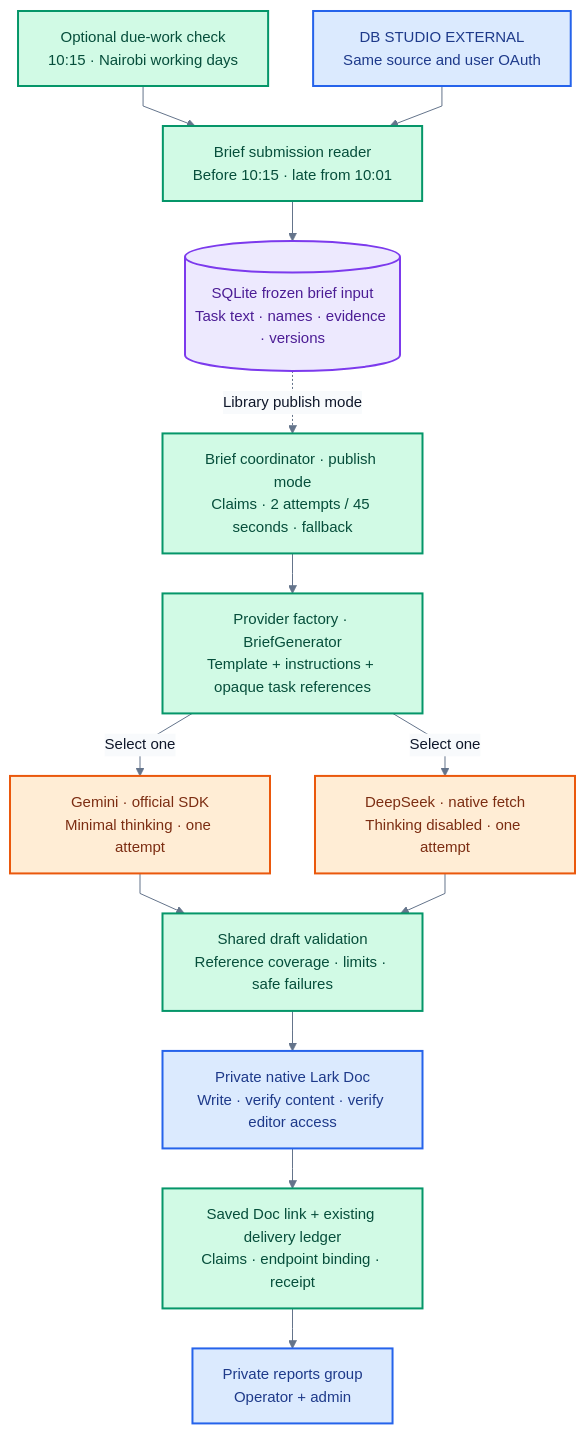
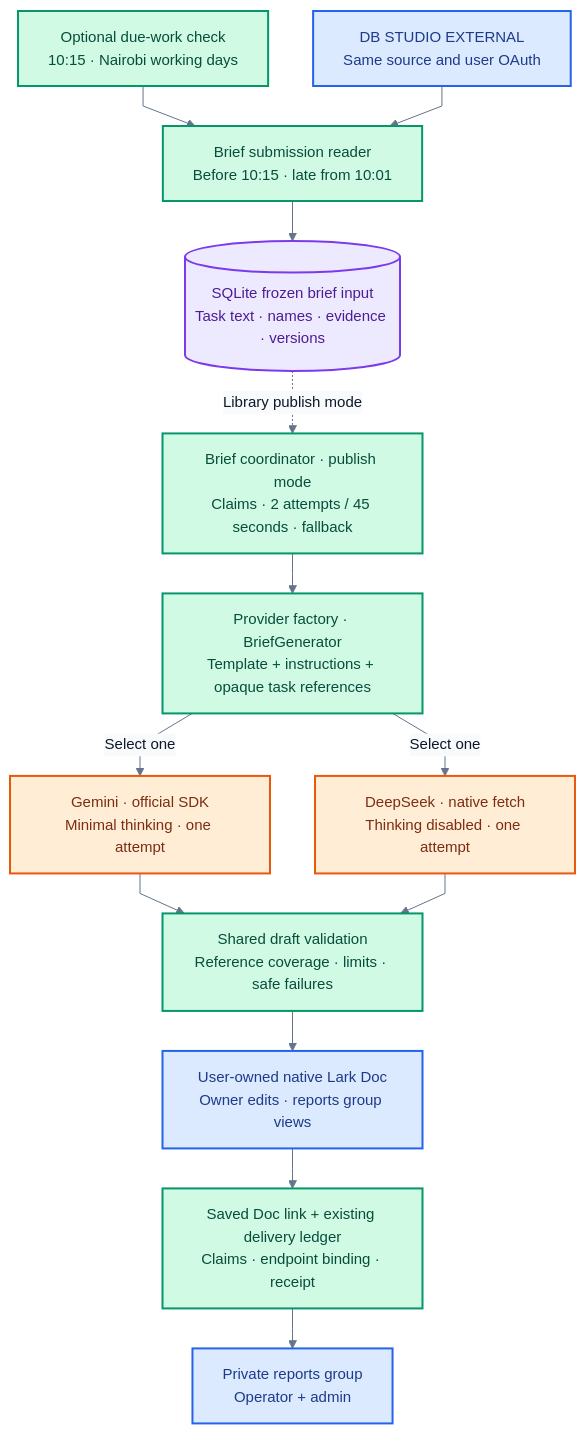
Before and after one commit to mbeka02/task-list-submission-automation: the second of 5 diagrams in README.md, drawn with Mermaid. The commit also changed other lines of this file and 5 other files, not shown here.

Commit message:
docs: explain user-owned briefs and remaining activation gates

````diff
--- a/README.md
+++ b/README.md
@@ -88,35 +88,35 @@
 ```mermaid
 %%{init: {"theme":"base","themeVariables":{"fontFamily":"sans-serif","fontSize":"15px","lineColor":"#64748b","primaryTextColor":"#0f172a","edgeLabelBackground":"#f8fafc"},"flowchart":{"curve":"linear","nodeSpacing":45,"rankSpacing":40}}}%%
 flowchart TB
     SCHEDULE_AI["Optional due-work check<br/>10:15 · Nairobi working days"]:::worker
     SOURCE_AI["DB STUDIO EXTERNAL<br/>Same source and user OAuth"]:::lark
     CAPTURE["Brief submission reader<br/>Before 10:15 · late from 10:01"]:::worker
     INPUT[("SQLite frozen brief input<br/>Task text · names · evidence · versions")]:::storage
     COORD["Brief coordinator · publish mode<br/>Claims · 2 attempts / 45 seconds · fallback"]:::worker
     SELECT["Provider factory · BriefGenerator<br/>Template + instructions + opaque task references"]:::worker
     GEMINI["Gemini · official SDK<br/>Minimal thinking · one attempt"]:::provider
     DEEPSEEK["DeepSeek · native fetch<br/>Thinking disabled · one attempt"]:::provider
     VALIDATE["Shared draft validation<br/>Reference coverage · limits · safe failures"]:::worker
-    DOC["Private native Lark Doc<br/>Write · verify content · verify editor access"]:::lark
+    DOC["User-owned native Lark Doc<br/>Owner edits · reports group views"]:::lark
     LINK["Saved Doc link + existing delivery ledger<br/>Claims · endpoint binding · receipt"]:::worker
     ADMIN["Private reports group<br/>Operator + admin"]:::lark
 
     SCHEDULE_AI --> CAPTURE
     SOURCE_AI --> CAPTURE
     CAPTURE --> INPUT
     INPUT -.->|Library publish mode| COORD
     COORD --> SELECT
     SELECT -->|Select one| GEMINI
     SELECT -->|Select one| DEEPSEEK
     GEMINI --> VALIDATE
     DEEPSEEK --> VALIDATE
     VALIDATE --> DOC
     DOC --> LINK
     LINK --> ADMIN
 
     classDef lark fill:#dbeafe,stroke:#2563eb,color:#1e3a8a,stroke-width:2px;
     classDef worker fill:#d1fae5,stroke:#059669,color:#064e3b,stroke-width:2px;
     classDef storage fill:#ede9fe,stroke:#7c3aed,color:#4c1d95,stroke-width:2px;
     classDef provider fill:#ffedd5,stroke:#ea580c,color:#7c2d12,stroke-width:2px;
     classDef planned fill:#f1f5f9,stroke:#64748b,color:#334155,stroke-width:2px,stroke-dasharray:5 4;
 ```
````
